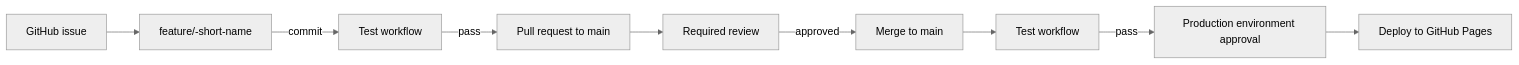
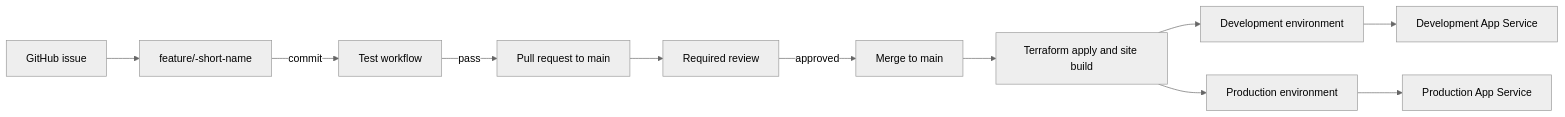
One commit to afira312/dtap-automation changed the first of 2 diagrams in README.md. Above: the diagram before and after it, drawn with Mermaid (neutral theme). The commit also changed other lines of this file and 5 other files, not shown here.

````diff
--- a/README.md
+++ b/README.md
@@ -29,11 +33,13 @@
 ```mermaid
 flowchart LR
     I[GitHub issue] --> F[feature/<issue>-short-name]
     F -->|commit| T[Test workflow]
     T -->|pass| PR[Pull request to main]
     PR --> R[Required review]
     R -->|approved| M[Merge to main]
-    M --> C[Test workflow]
-    C -->|pass| A[Production environment approval]
-    A --> D[Deploy to GitHub Pages]
+    M --> C[Terraform apply and site build]
+    C --> D[Development environment]
+    C --> P[Production environment]
+    D --> DA[Development App Service]
+    P --> PA[Production App Service]
 ```
````
